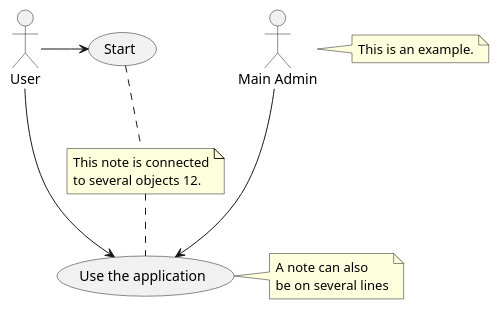
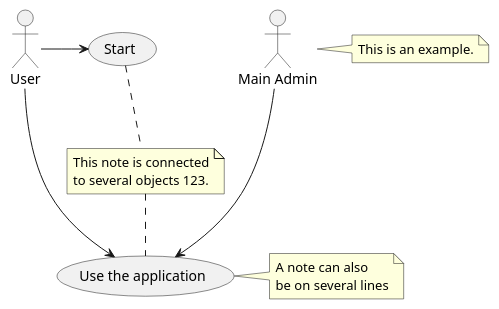
The diagram in plant1.puml (AKStratus/plantuml_diagrams), drawn with PlantUML before and after one commit.

Commit message:
Update plant1.puml
dda

```diff
--- a/plant1.puml
+++ b/plant1.puml
@@ -1,17 +1,17 @@
 @startuml
 
     :Main Admin: as Admin
     (Use the application) as (Use)
     User -> (Start)
     User --> (Use)
     Admin ---> (Use)
     note right of Admin : This is an example.
     note right of (Use)
     A note can also
     be on several lines
     end note
-    note "This note is connected\nto several objects 12." as N2
+    note "This note is connected\nto several objects 123." as N2
     (Start) .. N2
     N2 .. (Use)
 
     @enduml
```
